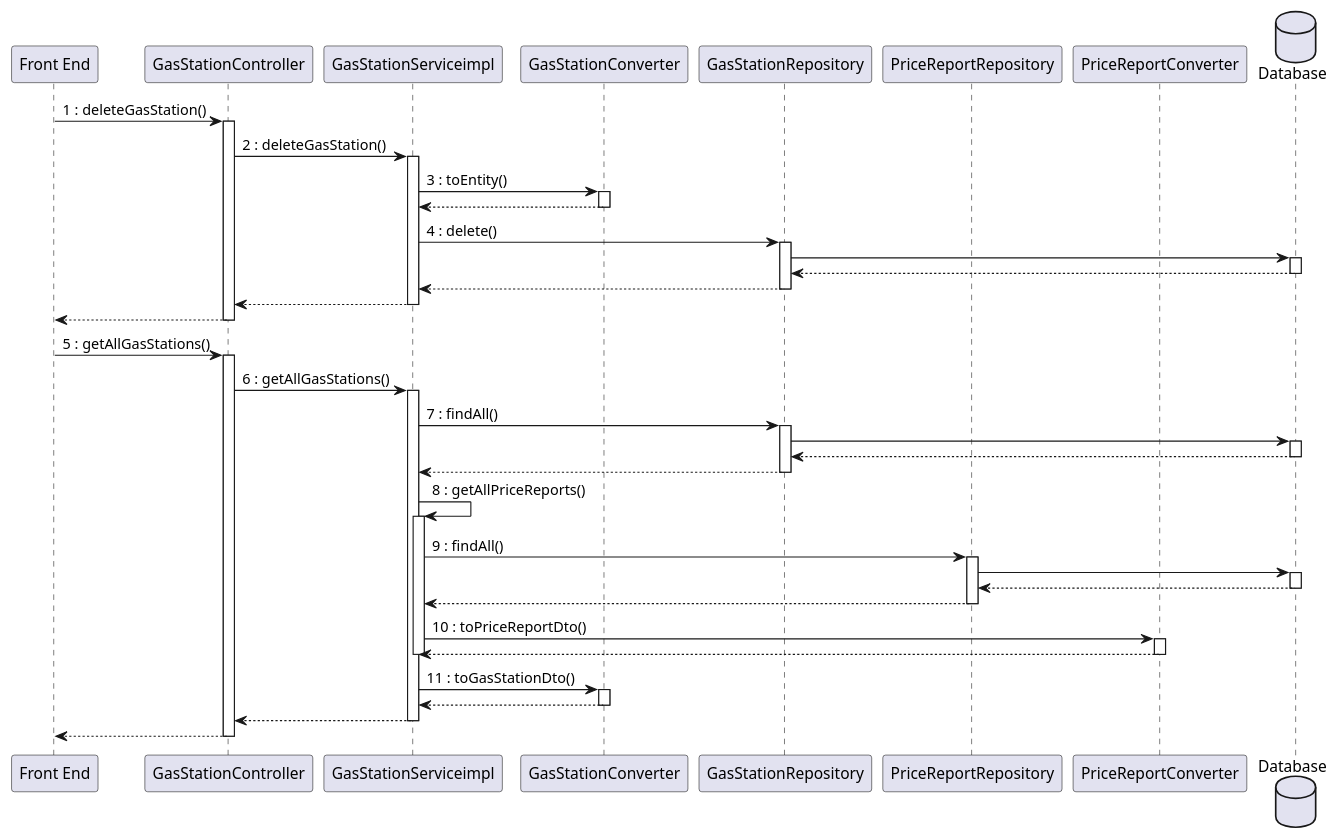
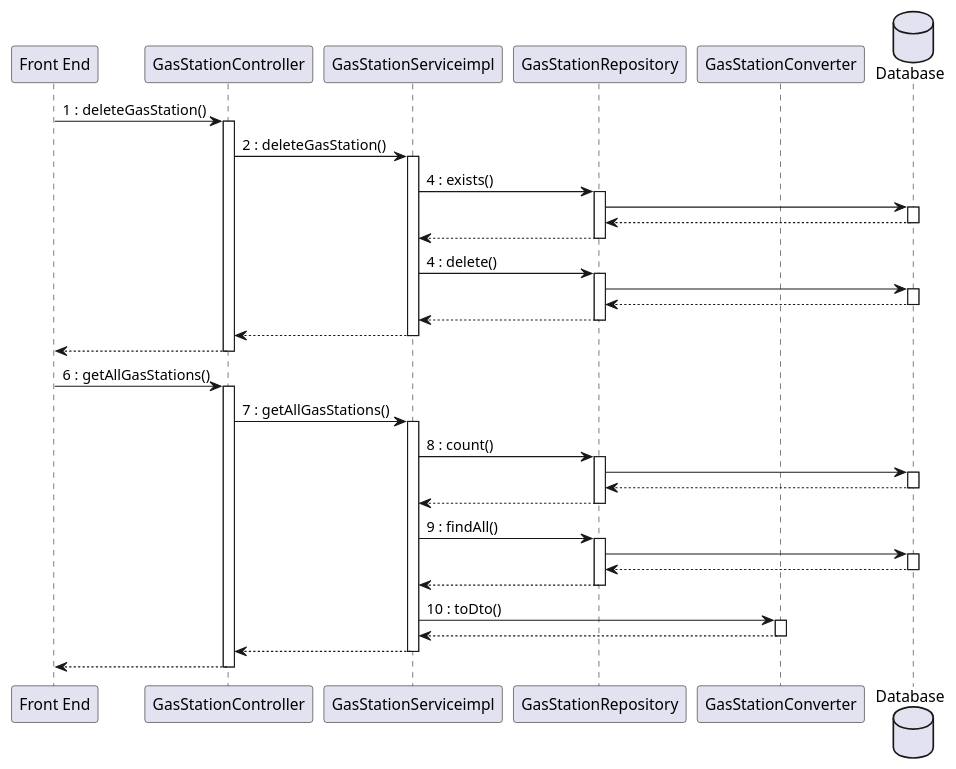
Before and after one commit to mosTavassoli/ezgas: the tenth of 15 diagrams in docs/DesignDocument.md, drawn with PlantUML.

Commit message:
docs(DesignDocument): edit sequence diagram use case 6

````diff
--- a/docs/DesignDocument.md
+++ b/docs/DesignDocument.md
@@ -707,46 +707,44 @@
 ```plantuml
 database Database order 30
 "Front End" -> GasStationController:1 : deleteGasStation()
 activate GasStationController
 GasStationController -> GasStationServiceimpl:2 : deleteGasStation()
 activate GasStationServiceimpl
-GasStationServiceimpl -> GasStationConverter:3 : toEntity()
-activate GasStationConverter
+GasStationServiceimpl -> GasStationRepository:4 : exists()
+activate GasStationRepository
+GasStationRepository -> Database
+activate Database
+return
 return
 GasStationServiceimpl -> GasStationRepository:4 : delete()
 activate GasStationRepository
 GasStationRepository -> Database
 activate Database
 return
 return
 return
 return
 
-"Front End" -> GasStationController:5 : getAllGasStations()
+"Front End" -> GasStationController:6 : getAllGasStations()
 activate GasStationController
-GasStationController -> GasStationServiceimpl:6 : getAllGasStations()
+GasStationController -> GasStationServiceimpl:7 : getAllGasStations()
 activate GasStationServiceimpl
-GasStationServiceimpl -> GasStationRepository:7 : findAll()
+GasStationServiceimpl -> GasStationRepository:8 : count()
 activate GasStationRepository
 GasStationRepository -> Database
 activate Database
 return
 return
-GasStationServiceimpl -> GasStationServiceimpl:8 : getAllPriceReports()
-activate GasStationServiceimpl
-GasStationServiceimpl -> PriceReportRepository:9 : findAll()
-activate PriceReportRepository
-PriceReportRepository -> Database
+GasStationServiceimpl -> GasStationRepository:9 : findAll()
+activate GasStationRepository
+GasStationRepository -> Database
 activate Database
 return
 return
-GasStationServiceimpl -> PriceReportConverter:10 : toPriceReportDto()
-activate PriceReportConverter
-return
-deactivate GasStationServiceimpl
-GasStationServiceimpl -> GasStationConverter:11 : toGasStationDto()
+
+GasStationServiceimpl -> GasStationConverter:10 : toDto()
 activate GasStationConverter
 return
 return
 return
 ```
````
